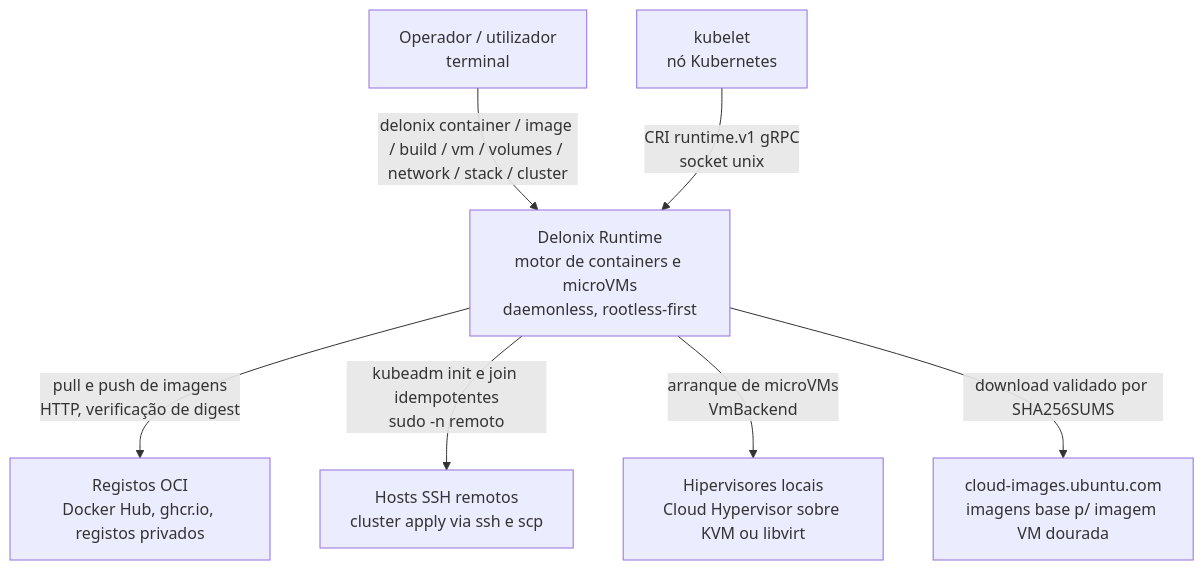
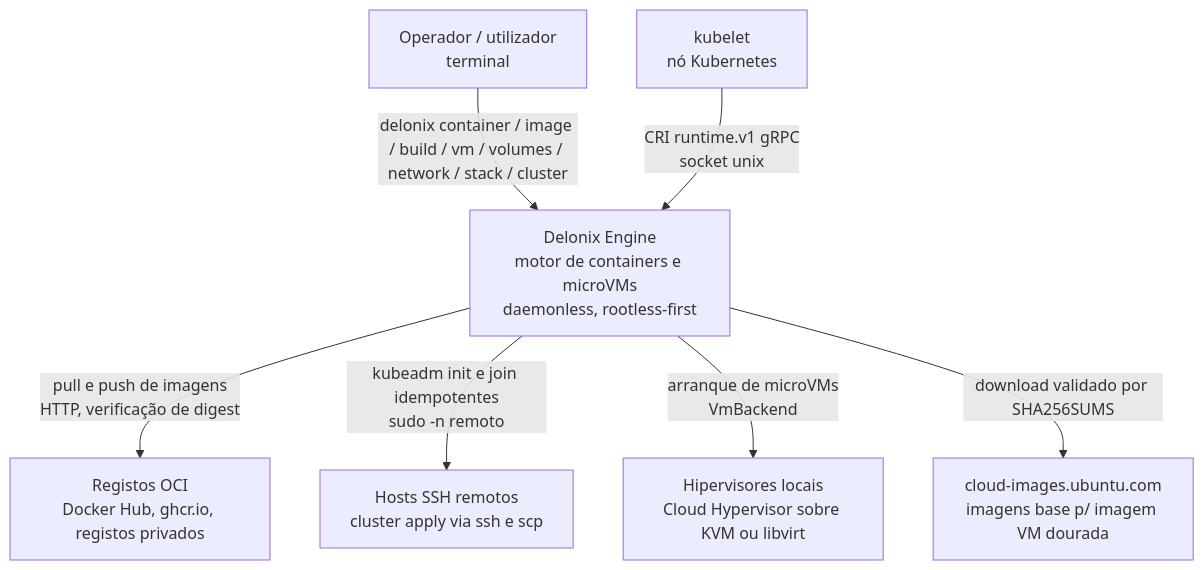
The first of 7 diagrams in ARCHITECTURE.md (angolardevops/delonix-runtime), drawn with Mermaid before and after one commit. The commit also changed other lines of this file and 34 other files, not shown here.

First line of the commit message:
docs: rebrand "Delonix Runtime" to "Delonix Engine" in public docs

````diff
--- a/ARCHITECTURE.md
+++ b/ARCHITECTURE.md
@@ -23,18 +23,18 @@
 ```mermaid
 graph TB
     OP["Operador / utilizador<br>terminal"]
     KUBELET["kubelet<br>nó Kubernetes"]
     REG["Registos OCI<br>Docker Hub, ghcr.io, registos privados"]
     SSHHOSTS["Hosts SSH remotos<br>cluster apply via ssh e scp"]
     HV["Hipervisores locais<br>Cloud Hypervisor sobre KVM ou libvirt"]
     UBU["cloud-images.ubuntu.com<br>imagens base p/ imagem VM dourada"]
 
-    DLX["Delonix Runtime<br>motor de containers e microVMs<br>daemonless, rootless-first"]
+    DLX["Delonix Engine<br>motor de containers e microVMs<br>daemonless, rootless-first"]
 
     OP -- "delonix container / image / build / vm / volumes / network / stack / cluster" --> DLX
     KUBELET -- "CRI runtime.v1 gRPC<br>socket unix" --> DLX
     DLX -- "pull e push de imagens<br>HTTP, verificação de digest" --> REG
     DLX -- "kubeadm init e join idempotentes<br>sudo -n remoto" --> SSHHOSTS
     DLX -- "arranque de microVMs<br>VmBackend" --> HV
     DLX -- "download validado por SHA256SUMS" --> UBU
 ```
````
